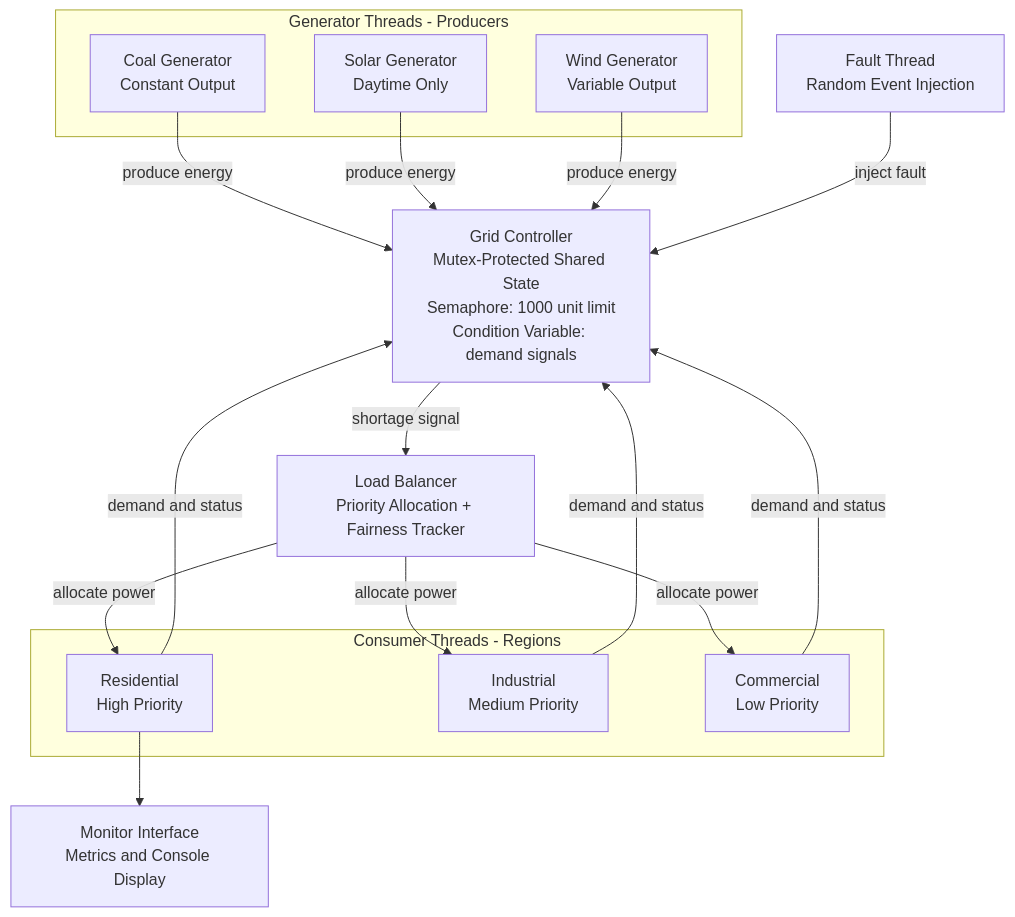
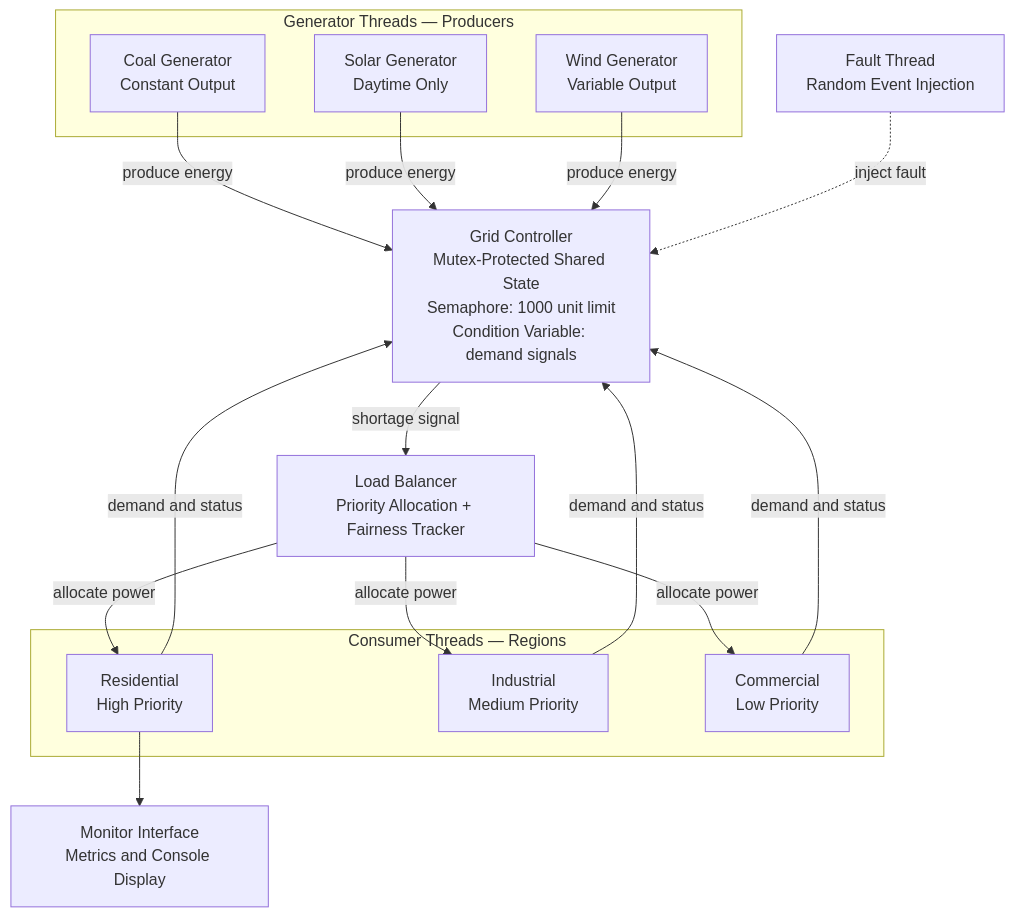
The diagram in README.md (ward-a-h/grid_sim), drawn with Mermaid before and after one commit. The commit also changed other lines of this file, not shown here.

Commit message:
Fix formatting and enhance README content
Updated the README to improve formatting and clarity.

````diff
--- a/README.md
+++ b/README.md
@@ -49,33 +48,35 @@
 ```mermaid
 flowchart TD
-    subgraph GEN["Generator Threads - Producers"]
+    subgraph GEN["Generator Threads — Producers"]
         Coal["Coal Generator\nConstant Output"]
         Solar["Solar Generator\nDaytime Only"]
         Wind["Wind Generator\nVariable Output"]
     end
 
     Fault["Fault Thread\nRandom Event Injection"]
+
     Grid["Grid Controller\nMutex-Protected Shared State\nSemaphore: 1000 unit limit\nCondition Variable: demand signals"]
+
     Balancer["Load Balancer\nPriority Allocation + Fairness Tracker"]
 
-    subgraph CON["Consumer Threads - Regions"]
+    subgraph CON["Consumer Threads — Regions"]
         Residential["Residential\nHigh Priority"]
         Industrial["Industrial\nMedium Priority"]
         Commercial["Commercial\nLow Priority"]
     end
 
     Monitor["Monitor Interface\nMetrics and Console Display"]
 
     Coal -- produce energy --> Grid
     Solar -- produce energy --> Grid
     Wind -- produce energy --> Grid
-    Fault -- inject fault --> Grid
+    Fault -. inject fault .-> Grid
     Grid -- shortage signal --> Balancer
     Balancer -- allocate power --> Residential
     Balancer -- allocate power --> Industrial
     Balancer -- allocate power --> Commercial
     Residential -- demand and status --> Grid
     Industrial -- demand and status --> Grid
     Commercial -- demand and status --> Grid
     Residential --> Monitor
-```
+``` 
````
